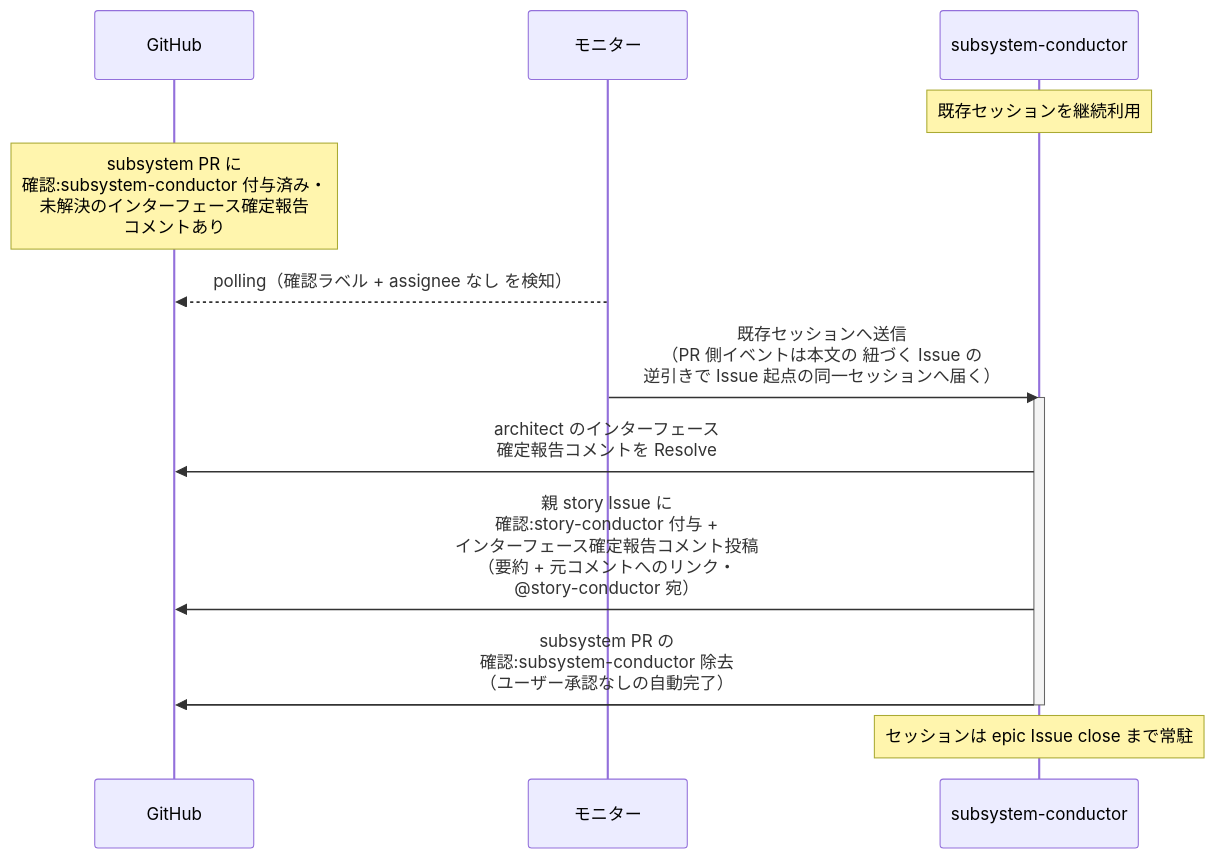
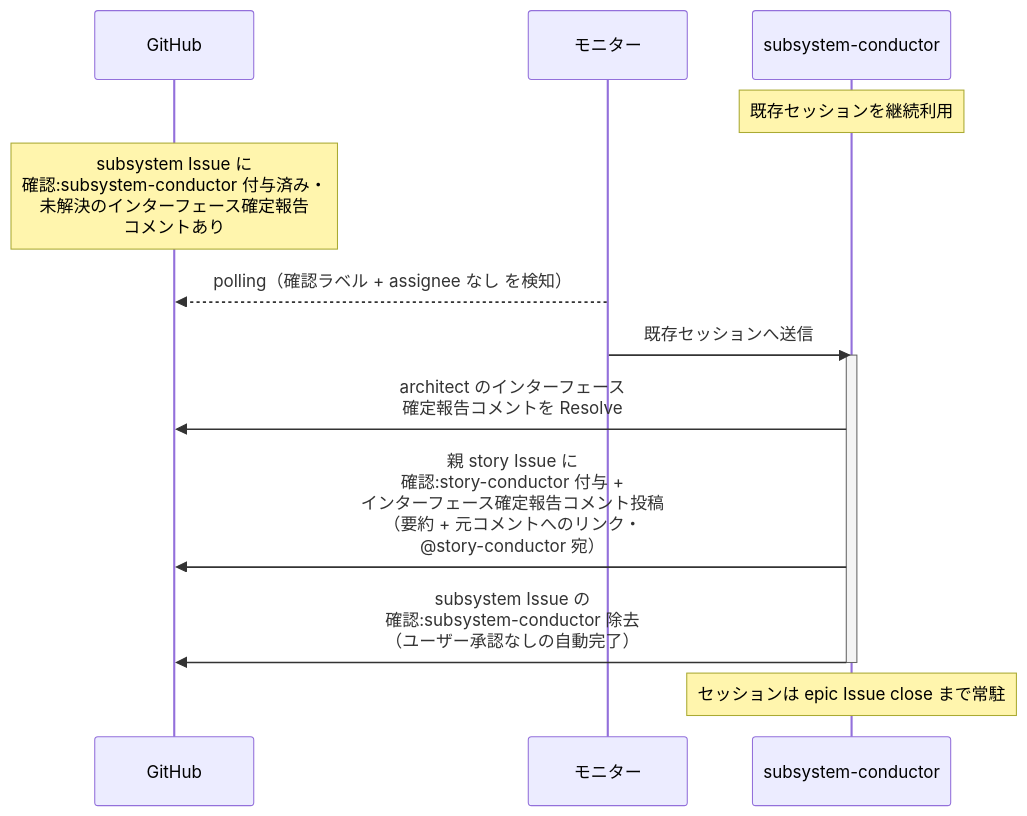
The diagram in docs/wiki/設計図/シナリオ/単一ユースケース/インターフェース確定の中継.md (shuhei1101/ai-monitor), drawn with Mermaid before and after one commit. The commit also changed other lines of this file and 77 other files, not shown here.

````diff
--- a/docs/wiki/設計図/シナリオ/単一ユースケース/インターフェース確定の中継.md
+++ b/docs/wiki/設計図/シナリオ/単一ユースケース/インターフェース確定の中継.md
@@ -27,17 +29,17 @@
 ```mermaid
 sequenceDiagram
   participant GH as GitHub
   participant ORC as モニター
   participant MON as subsystem-conductor
 
   Note over MON: 既存セッションを継続利用
-  Note over GH: subsystem PR に<br>確認:subsystem-conductor 付与済み・<br>未解決のインターフェース確定報告<br>コメントあり
+  Note over GH: subsystem Issue に<br>確認:subsystem-conductor 付与済み・<br>未解決のインターフェース確定報告<br>コメントあり
   ORC-->>GH: polling（確認ラベル + assignee なし を検知）
-  ORC->>MON: 既存セッションへ送信<br>（PR 側イベントは本文の 紐づく Issue の<br>逆引きで Issue 起点の同一セッションへ届く）
+  ORC->>MON: 既存セッションへ送信
   activate MON
   MON->>GH: architect のインターフェース<br>確定報告コメントを Resolve
   MON->>GH: 親 story Issue に<br>確認:story-conductor 付与 +<br>インターフェース確定報告コメント投稿<br>（要約 + 元コメントへのリンク・<br>@story-conductor 宛）
-  MON->>GH: subsystem PR の<br>確認:subsystem-conductor 除去<br>（ユーザー承認なしの自動完了）
+  MON->>GH: subsystem Issue の<br>確認:subsystem-conductor 除去<br>（ユーザー承認なしの自動完了）
   deactivate MON
   Note over MON: セッションは epic Issue close まで常駐
 ```
````
